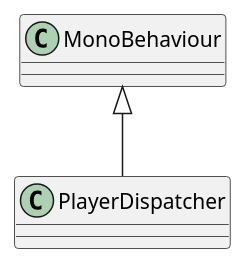
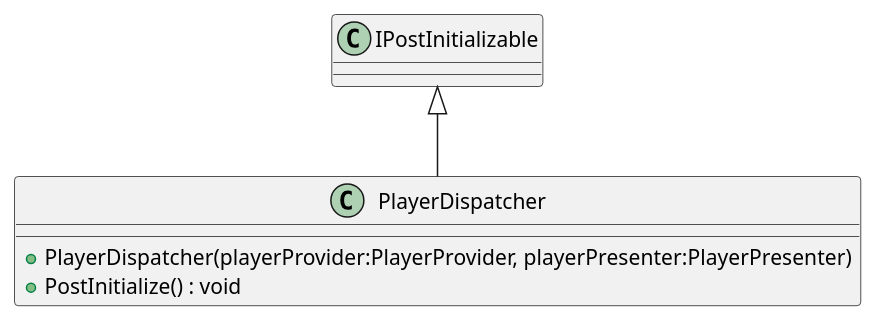
The diagram in plantuml/auto/Player/PlayerDispatcher.puml (asterisk-cn/RougueShooter), drawn with PlantUML before and after one commit. The commit also changed 44 other files, not shown here.

Commit message:
change: update uml

```diff
--- a/plantuml/auto/Player/PlayerDispatcher.puml
+++ b/plantuml/auto/Player/PlayerDispatcher.puml
@@ -1,5 +1,7 @@
 @startuml
 class PlayerDispatcher {
+    + PlayerDispatcher(playerProvider:PlayerProvider, playerPresenter:PlayerPresenter)
+    + PostInitialize() : void
 }
-MonoBehaviour <|-- PlayerDispatcher
+IPostInitializable <|-- PlayerDispatcher
 @enduml
```
